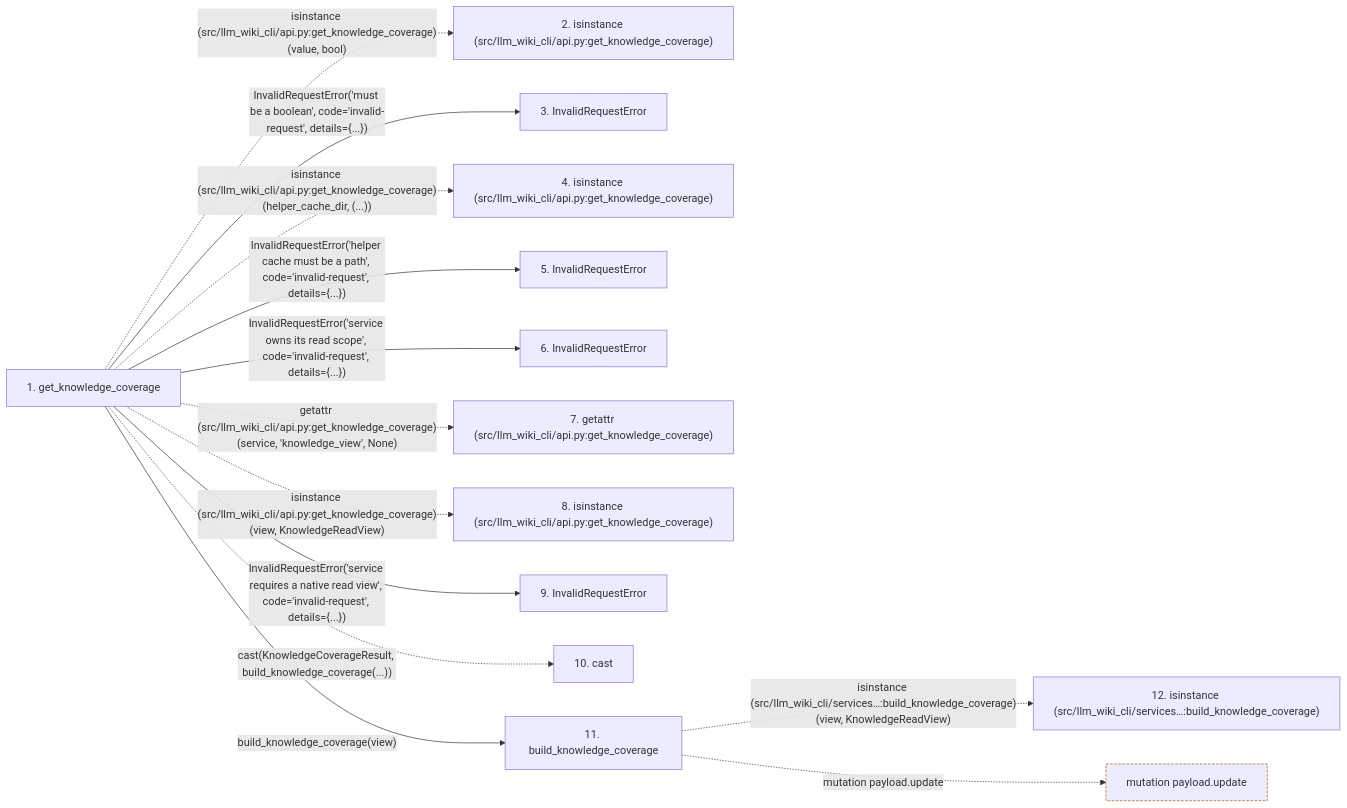
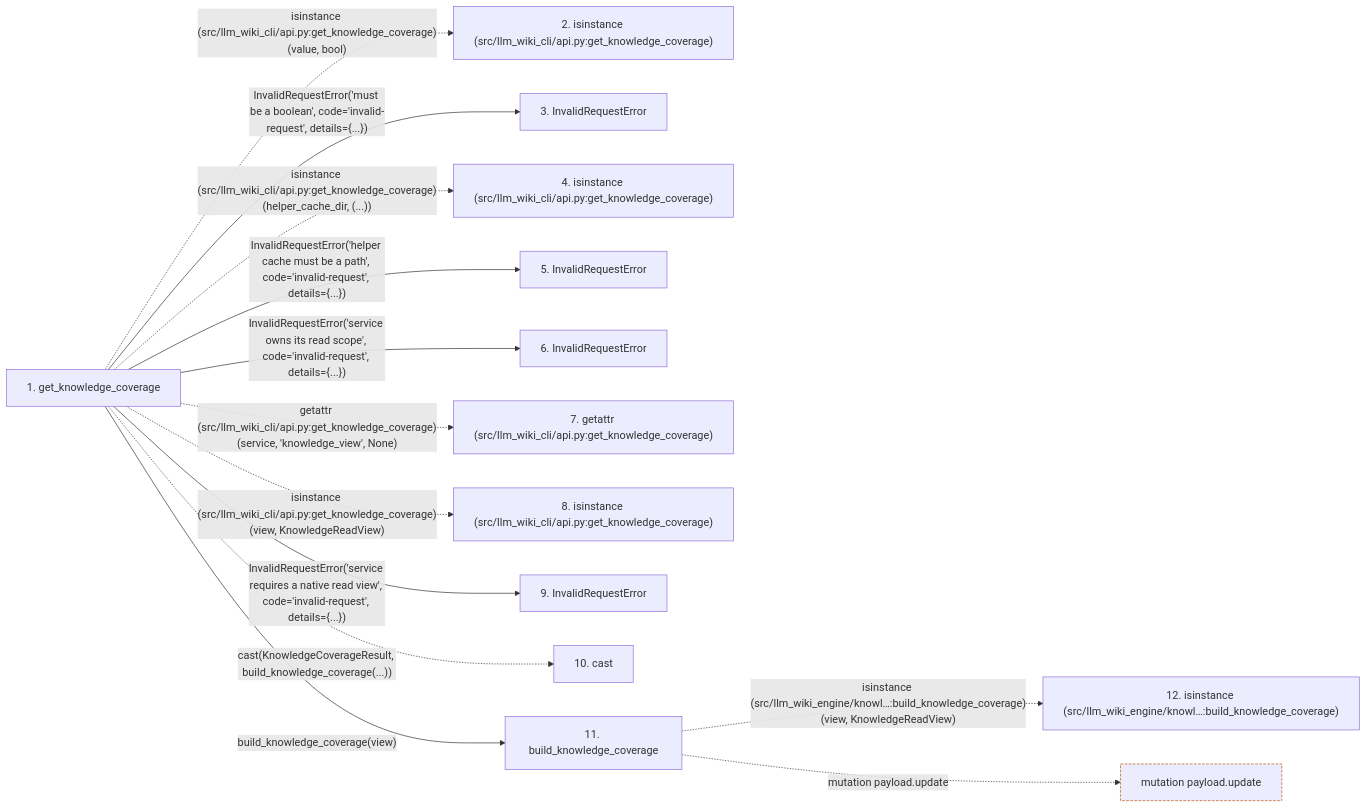
One commit to Denissvgn/python-wiki-llm changed the second of 2 diagrams in docs/llm_wiki/flows/api-get_knowledge_coverage.md. Above: the diagram before and after it, drawn with Mermaid. The commit also changed other lines of this file and 1058 other files, not shown here.

First line of the commit message:
docs: refresh the wiki for the knowledge store move

````diff
--- a/docs/llm_wiki/flows/api-get_knowledge_coverage.md
+++ b/docs/llm_wiki/flows/api-get_knowledge_coverage.md
@@ -203,36 +202,36 @@
 ```mermaid
 flowchart LR
     s1["1. get_knowledge_coverage"]
     s2["2. isinstance (src/llm_wiki_cli/api.py:get_knowledge_coverage)"]
     s3["3. InvalidRequestError"]
     s4["4. isinstance (src/llm_wiki_cli/api.py:get_knowledge_coverage)"]
     s5["5. InvalidRequestError"]
     s6["6. InvalidRequestError"]
     s7["7. getattr (src/llm_wiki_cli/api.py:get_knowledge_coverage)"]
     s8["8. isinstance (src/llm_wiki_cli/api.py:get_knowledge_coverage)"]
     s9["9. InvalidRequestError"]
     s10["10. cast"]
     s11["11. build_knowledge_coverage"]
-    s12["12. isinstance (src/llm_wiki_cli/services…:build_knowledge_coverage)"]
+    s12["12. isinstance (src/llm_wiki_engine/knowl…:build_knowledge_coverage)"]
     s1 -. "isinstance (src/llm_wiki_cli/api.py:get_knowledge_coverage)(value, bool)" .-> s2
     s1 -->|"InvalidRequestError('must be a boolean', code='invalid-request', details={...})"| s3
     s1 -. "isinstance (src/llm_wiki_cli/api.py:get_knowledge_coverage)(helper_cache_dir, (...))" .-> s4
     s1 -->|"InvalidRequestError('helper cache must be a path', code='invalid-request', details={...})"| s5
     s1 -->|"InvalidRequestError('service owns its read scope', code='invalid-request', details={...})"| s6
     s1 -. "getattr (src/llm_wiki_cli/api.py:get_knowledge_coverage)(service, 'knowledge_view', None)" .-> s7
     s1 -. "isinstance (src/llm_wiki_cli/api.py:get_knowledge_coverage)(view, KnowledgeReadView)" .-> s8
     s1 -->|"InvalidRequestError('service requires a native read view', code='invalid-request', details={...})"| s9
     s1 -. "cast(KnowledgeCoverageResult, build_knowledge_coverage(...))" .-> s10
     s1 -->|"build_knowledge_coverage(view)"| s11
-    s11 -. "isinstance (src/llm_wiki_cli/services…:build_knowledge_coverage)(view, KnowledgeReadView)" .-> s12
+    s11 -. "isinstance (src/llm_wiki_engine/knowl…:build_knowledge_coverage)(view, KnowledgeReadView)" .-> s12
     b0["mutation payload.update"]
     s11 -. "mutation payload.update" .-> b0
     click s1 "../modules/api.md"
     click s3 "../modules/api.md"
     click s5 "../modules/api.md"
     click s6 "../modules/api.md"
     click s9 "../modules/api.md"
     click s11 "../modules/knowledge_coverage.md"
     classDef boundary stroke:#b45309,stroke-dasharray: 4 2
     class b0 boundary
 ```
````
